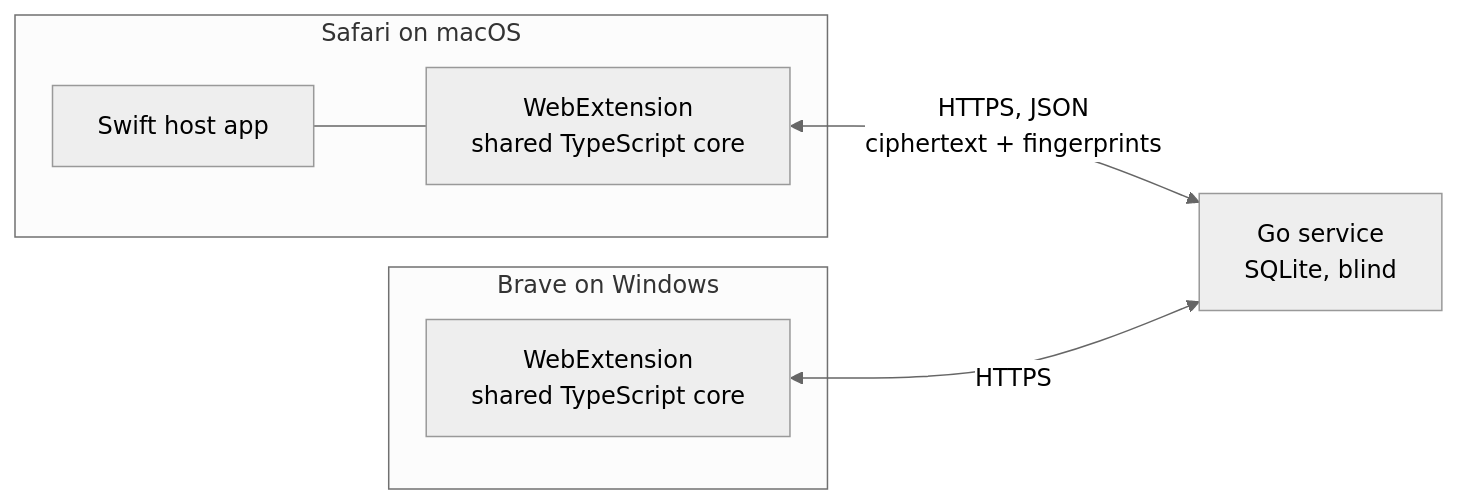
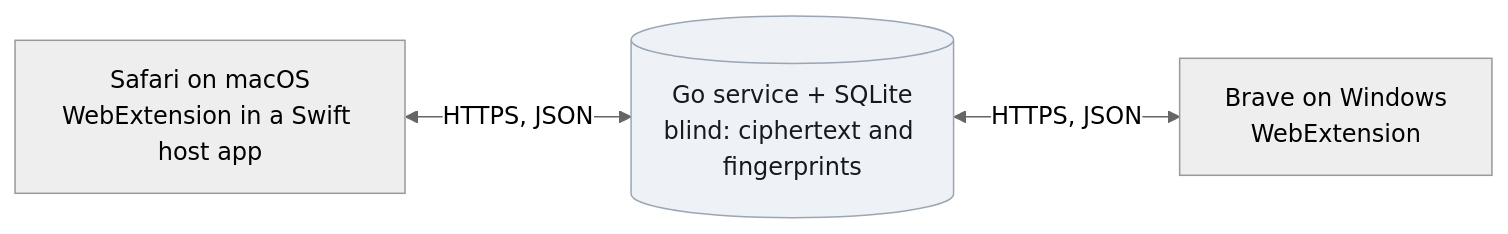
One commit to KaanEmec/cross-tab-sync changed the second of 2 diagrams in README.md. Above: the diagram before and after it, drawn with Mermaid (neutral theme).

Commit message:
README: simpler architecture diagram

````diff
--- a/README.md
+++ b/README.md
@@ -144,11 +144,8 @@
 ```mermaid
 flowchart LR
-    subgraph Safari on macOS
-        SA["Swift host app"] --- SE["WebExtension<br>shared TypeScript core"]
-    end
-    subgraph Brave on Windows
-        BE["WebExtension<br>shared TypeScript core"]
-    end
-    SE <-- "HTTPS, JSON<br>ciphertext + fingerprints" --> SRV["Go service<br>SQLite, blind"]
-    BE <-- "HTTPS" --> SRV
+    SE["Safari on macOS<br>WebExtension in a Swift host app"]
+    SRV[("Go service + SQLite<br>blind: ciphertext and fingerprints")]
+    BE["Brave on Windows<br>WebExtension"]
+    SE <-- "HTTPS, JSON" --> SRV <-- "HTTPS, JSON" --> BE
+    style SRV fill:#eef2f6,stroke:#99a6b6,color:#141a20
 ```
````
